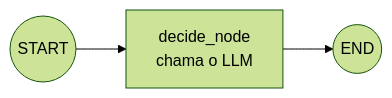
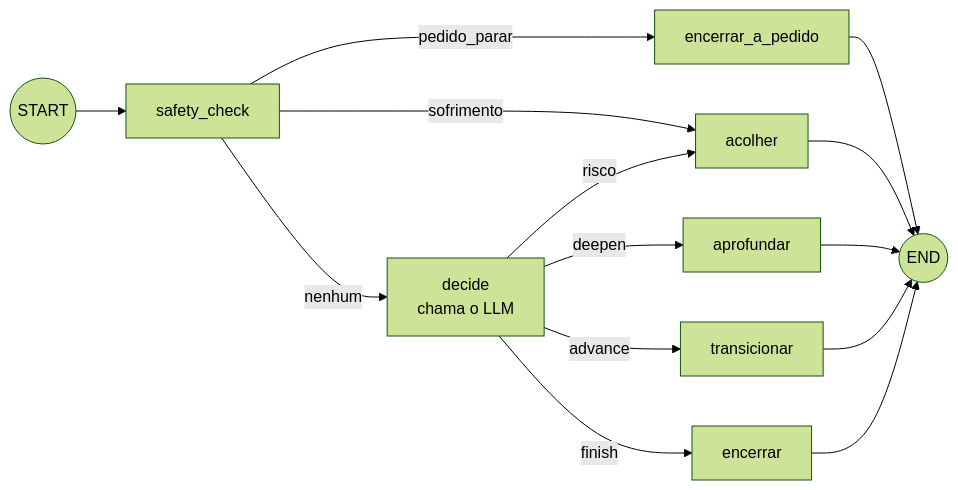
Before and after one commit to joaopaulotr/AEP-ESOFT6SA: the third of 4 diagrams in README.md, drawn with Mermaid (forest theme). The commit also changed other lines of this file and 1 other file, not shown here.

````diff
--- a/README.md
+++ b/README.md
@@ -207,5 +208,16 @@
 ```mermaid
 flowchart LR
-    START((START)) --> decide["decide_node\nchama o LLM"]
-    decide --> END((END))
+    START((START)) --> safety["safety_check"]
+    safety -->|pedido_parar| parar["encerrar_a_pedido"]
+    safety -->|sofrimento| acolher["acolher"]
+    safety -->|nenhum| decide["decide<br/>chama o LLM"]
+    decide -->|risco| acolher
+    decide -->|deepen| aprof["aprofundar"]
+    decide -->|advance| trans["transicionar"]
+    decide -->|finish| enc["encerrar"]
+    parar --> END((END))
+    acolher --> END
+    aprof --> END
+    trans --> END
+    enc --> END
 ```
````
